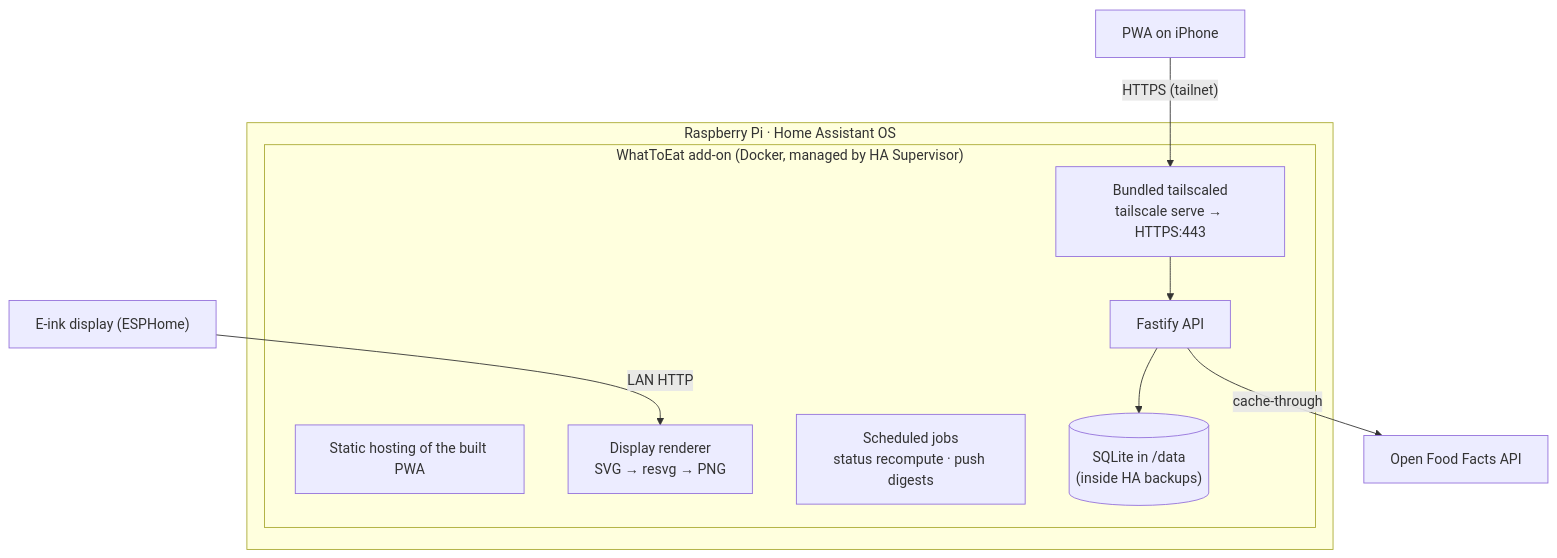
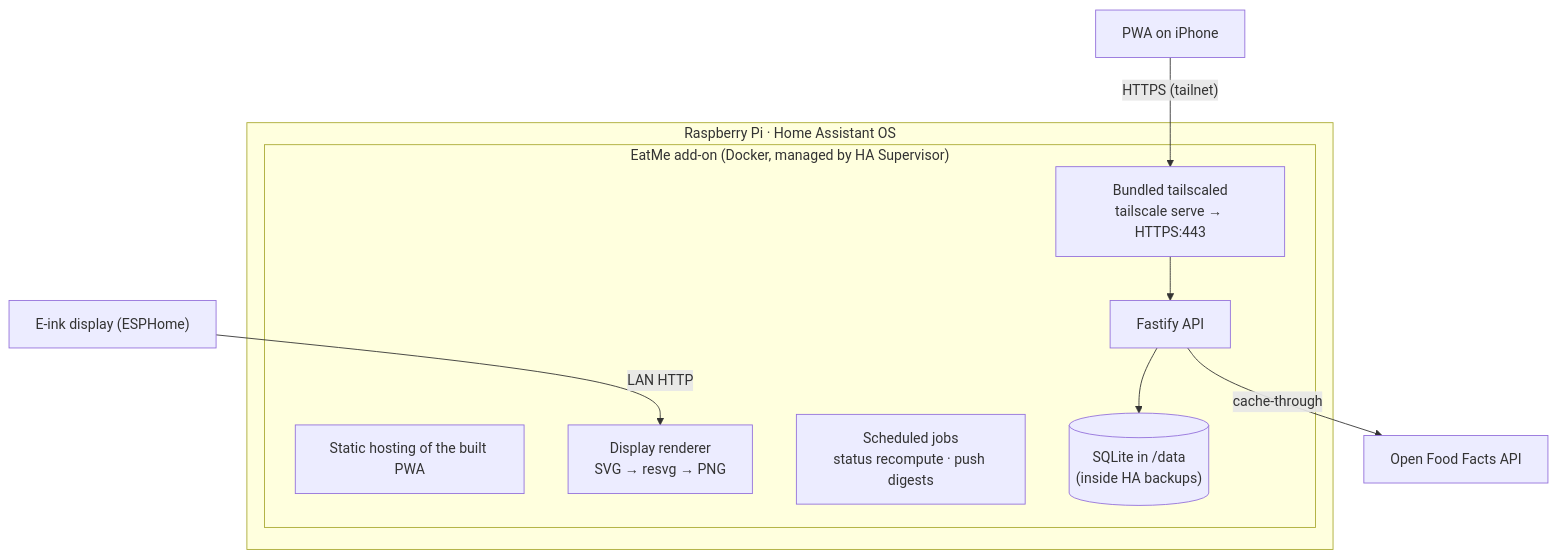
The first of 2 diagrams in docs/02-architecture.md (lewisf94/EatMe), drawn with Mermaid before and after one commit. The commit also changed other lines of this file and 48 other files, not shown here.

First line of the commit message:
Rename project WhatToEat → EatMe

````diff
--- a/docs/02-architecture.md
+++ b/docs/02-architecture.md
@@ -7,17 +7,17 @@
 ```mermaid
 flowchart TB
     subgraph pi["Raspberry Pi · Home Assistant OS"]
-        subgraph addon["WhatToEat add-on (Docker, managed by HA Supervisor)"]
+        subgraph addon["EatMe add-on (Docker, managed by HA Supervisor)"]
             ts["Bundled tailscaled<br/>tailscale serve → HTTPS:443"]
             api["Fastify API"]
             static["Static hosting of the built PWA"]
             render["Display renderer<br/>SVG → resvg → PNG"]
             jobs["Scheduled jobs<br/>status recompute · push digests"]
             db[("SQLite in /data<br/>(inside HA backups)")]
         end
     end
     pwa["PWA on iPhone"] -->|"HTTPS (tailnet)"| ts --> api
     epaper["E-ink display (ESPHome)"] -->|"LAN HTTP"| render
     api --> db
     api -->|"cache-through"| off["Open Food Facts API"]
 ```
````
